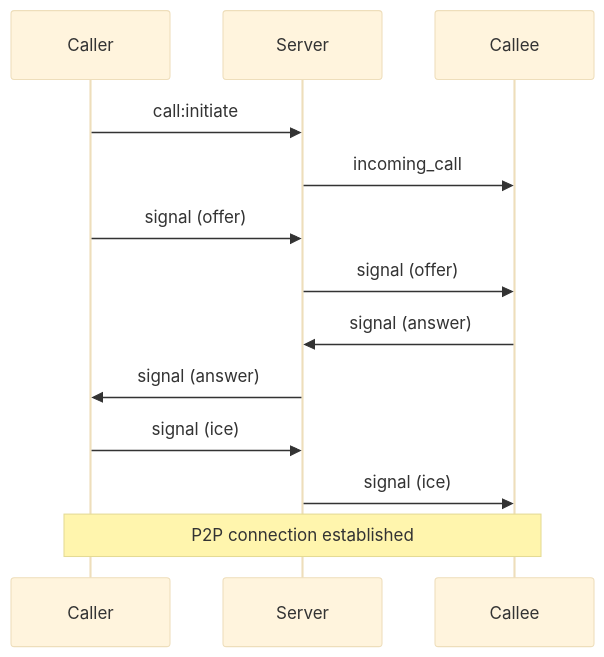
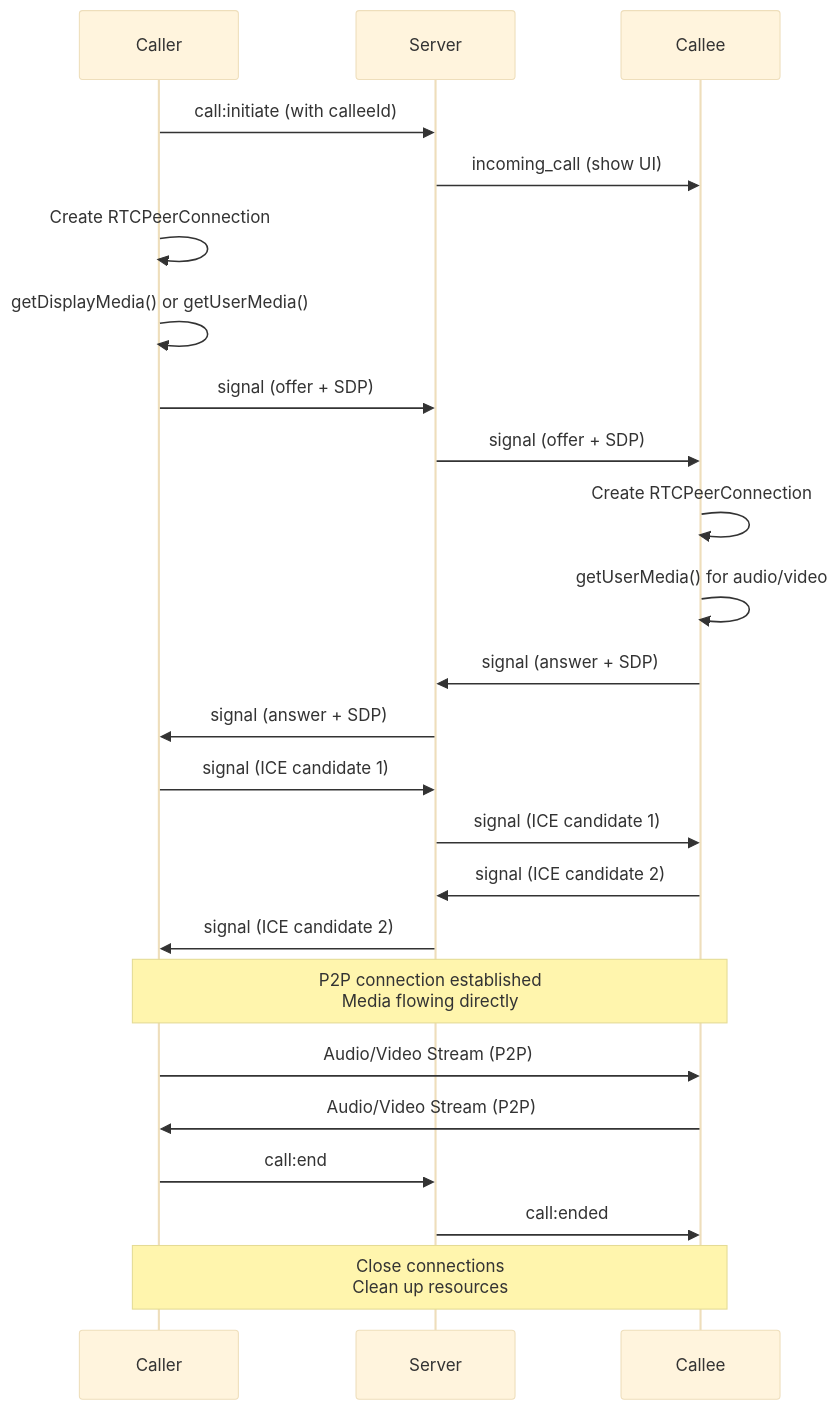
Before and after one commit to suryapratap64/workmate: the second of 2 diagrams in README.md, drawn with Mermaid (base theme). The commit also changed other lines of this file and 5832 other files, not shown here.

````diff
--- a/README.md
+++ b/README.md
@@ -462,16 +1218,32 @@
 ```mermaid
 sequenceDiagram
     participant Caller
     participant Server
     participant Callee
-    
-    Caller->>Server: call:initiate
-    Server->>Callee: incoming_call
-    Caller->>Server: signal (offer)
-    Server->>Callee: signal (offer)
-    Callee->>Server: signal (answer)
-    Server->>Caller: signal (answer)
-    Caller->>Server: signal (ice)
-    Server->>Callee: signal (ice)
-    Note over Caller,Callee: P2P connection established
+
+    Caller->>Server: call:initiate (with calleeId)
+    Server->>Callee: incoming_call (show UI)
+    Caller->>Caller: Create RTCPeerConnection
+    Caller->>Caller: getDisplayMedia() or getUserMedia()
+    Caller->>Server: signal (offer + SDP)
+    Server->>Callee: signal (offer + SDP)
+
+    Callee->>Callee: Create RTCPeerConnection
+    Callee->>Callee: getUserMedia() for audio/video
+    Callee->>Server: signal (answer + SDP)
+    Server->>Caller: signal (answer + SDP)
+
+    Caller->>Server: signal (ICE candidate 1)
+    Server->>Callee: signal (ICE candidate 1)
+    Callee->>Server: signal (ICE candidate 2)
+    Server->>Caller: signal (ICE candidate 2)
+
+    Note over Caller,Callee: P2P connection established<br/>Media flowing directly
+
+    Caller->>Callee: Audio/Video Stream (P2P)
+    Callee->>Caller: Audio/Video Stream (P2P)
+
+    Caller->>Server: call:end
+    Server->>Callee: call:ended
+    Note over Caller,Callee: Close connections<br/>Clean up resources
 ```
````
